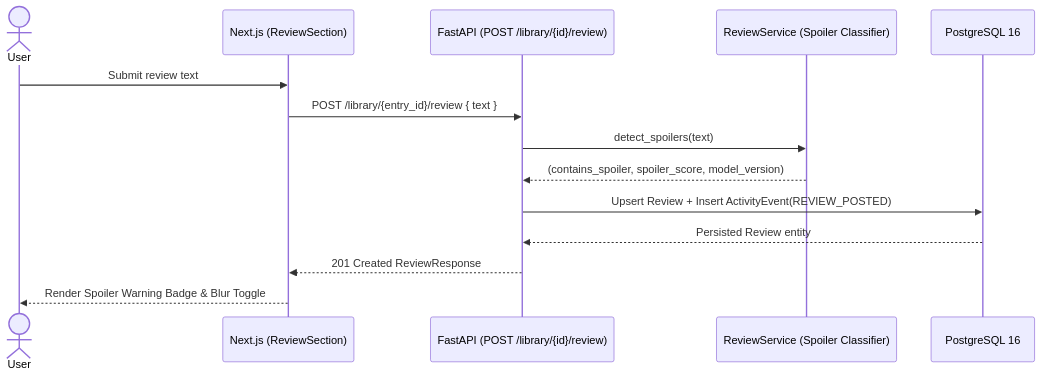
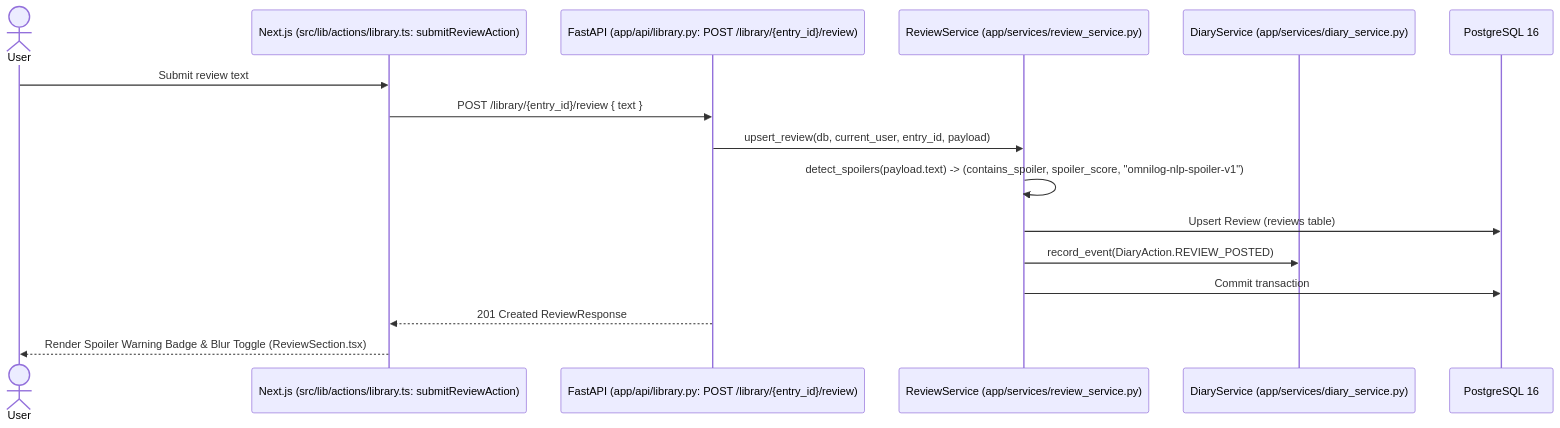
Before and after one commit to metezd/OmniLog: the third of 3 diagrams in docs/design/sequence/sequence-diagrams.md, drawn with Mermaid. The commit also changed other lines of this file and 60 other files, not shown here.

Commit message:
docs(design): align architecture, class and sequence diagrams with codebase and add NFR mapping

````diff
--- a/docs/design/sequence/sequence-diagrams.md
+++ b/docs/design/sequence/sequence-diagrams.md
@@ -54,17 +81,19 @@
 ```mermaid
 sequenceDiagram
   actor User
-  participant Next as Next.js (ReviewSection)
-  participant API as FastAPI (POST /library/{id}/review)
-  participant NLP as ReviewService (Spoiler Classifier)
+  participant Next as Next.js (src/lib/actions/library.ts: submitReviewAction)
+  participant API as FastAPI (app/api/library.py: POST /library/{entry_id}/review)
+  participant SVC as ReviewService (app/services/review_service.py)
+  participant DIA as DiaryService (app/services/diary_service.py)
   participant DB as PostgreSQL 16
 
   User->>Next: Submit review text
   Next->>API: POST /library/{entry_id}/review { text }
-  API->>NLP: detect_spoilers(text)
-  NLP-->>API: (contains_spoiler, spoiler_score, model_version)
-  API->>DB: Upsert Review + Insert ActivityEvent(REVIEW_POSTED)
-  DB-->>API: Persisted Review entity
+  API->>SVC: upsert_review(db, current_user, entry_id, payload)
+  SVC->>SVC: detect_spoilers(payload.text) -> (contains_spoiler, spoiler_score, "omnilog-nlp-spoiler-v1")
+  SVC->>DB: Upsert Review (reviews table)
+  SVC->>DIA: record_event(DiaryAction.REVIEW_POSTED)
+  SVC->>DB: Commit transaction
   API-->>Next: 201 Created ReviewResponse
-  Next-->>User: Render Spoiler Warning Badge & Blur Toggle
+  Next-->>User: Render Spoiler Warning Badge & Blur Toggle (ReviewSection.tsx)
 ```
````
